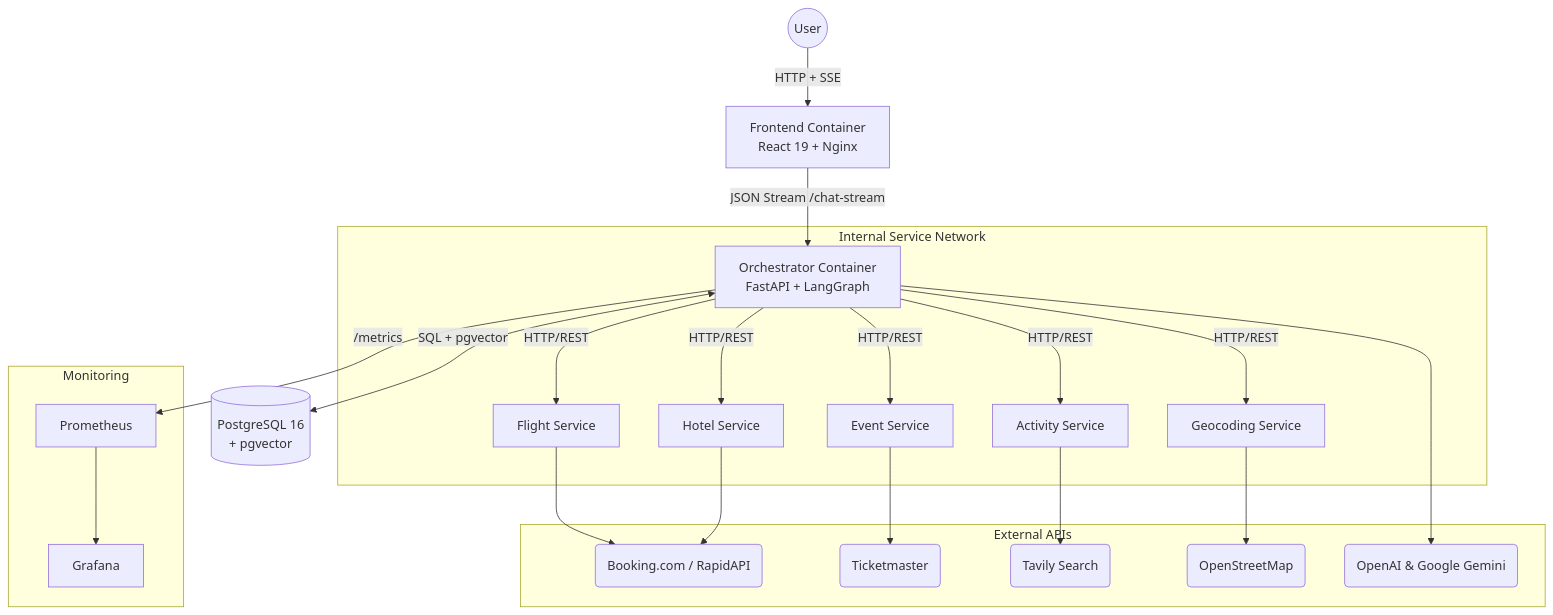
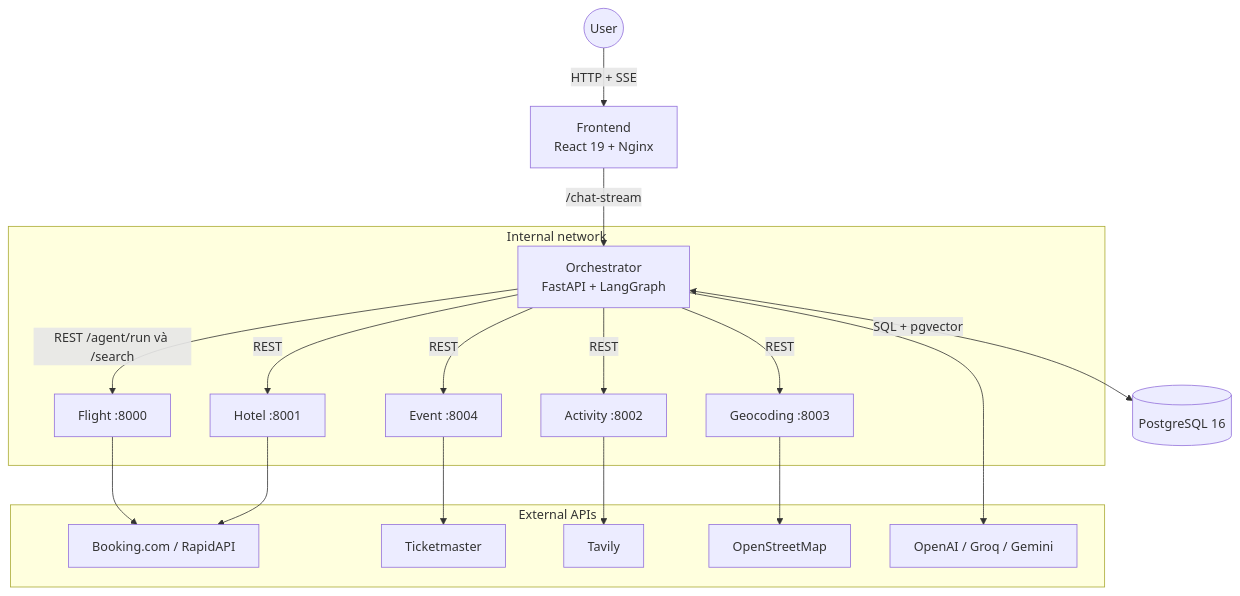
One commit to BopsAIle/Agent-travel changed the diagram in README.md. Above: the diagram before and after it, drawn with Mermaid. The commit also changed other lines of this file, not shown here.

````diff
--- a/README.md
+++ b/README.md
@@ -89,29 +91,24 @@
 ```mermaid
 graph TD
-    User((User)) -->|HTTP + SSE| Frontend[Frontend Container<br>React 19 + Nginx]
-    Frontend -->|JSON Stream /chat-stream| Orch[Orchestrator Container<br>FastAPI + LangGraph]
+    User((User)) -->|HTTP + SSE| FE[Frontend<br>React 19 + Nginx]
+    FE -->|/chat-stream| Orch[Orchestrator<br>FastAPI + LangGraph]
 
-    Orch <-->|SQL + pgvector| DB[(PostgreSQL 16<br>+ pgvector)]
+    Orch <-->|SQL + pgvector| DB[(PostgreSQL 16)]
 
-    subgraph "Internal Service Network"
-        Orch -->|HTTP/REST| Flight[Flight Service]
-        Orch -->|HTTP/REST| Hotel[Hotel Service]
-        Orch -->|HTTP/REST| Event[Event Service]
-        Orch -->|HTTP/REST| Activity[Activity Service]
-        Orch -->|HTTP/REST| Geo[Geocoding Service]
+    subgraph "Internal network"
+        Orch -->|REST /agent/run và /search| Flight[Flight :8000]
+        Orch -->|REST| Hotel[Hotel :8001]
+        Orch -->|REST| Activity[Activity :8002]
+        Orch -->|REST| Geo[Geocoding :8003]
+        Orch -->|REST| Event[Event :8004]
     end
 
     subgraph "External APIs"
-        Flight --> BookingAPI(Booking.com / RapidAPI)
-        Hotel --> BookingAPI
-        Event --> TM(Ticketmaster)
-        Activity --> Tavily(Tavily Search)
-        Geo --> OSM(OpenStreetMap)
-        Orch --> LLM(OpenAI & Google Gemini)
-    end
-
-    subgraph "Monitoring"
-        Orch -->|/metrics| Prom[Prometheus]
-        Prom --> Grafana[Grafana]
+        Flight --> Booking[Booking.com / RapidAPI]
+        Hotel --> Booking
+        Event --> TM[Ticketmaster]
+        Activity --> Tavily[Tavily]
+        Geo --> OSM[OpenStreetMap]
+        Orch --> LLM[OpenAI / Groq / Gemini]
     end
 ```
````
